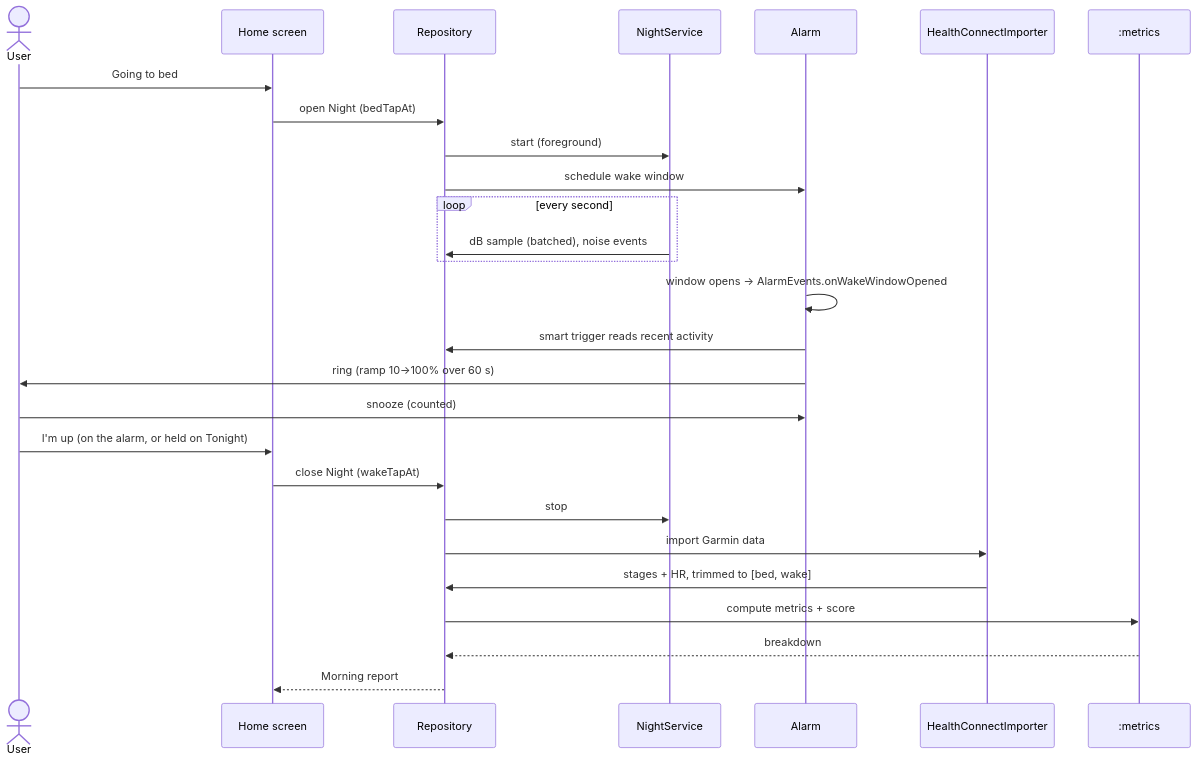
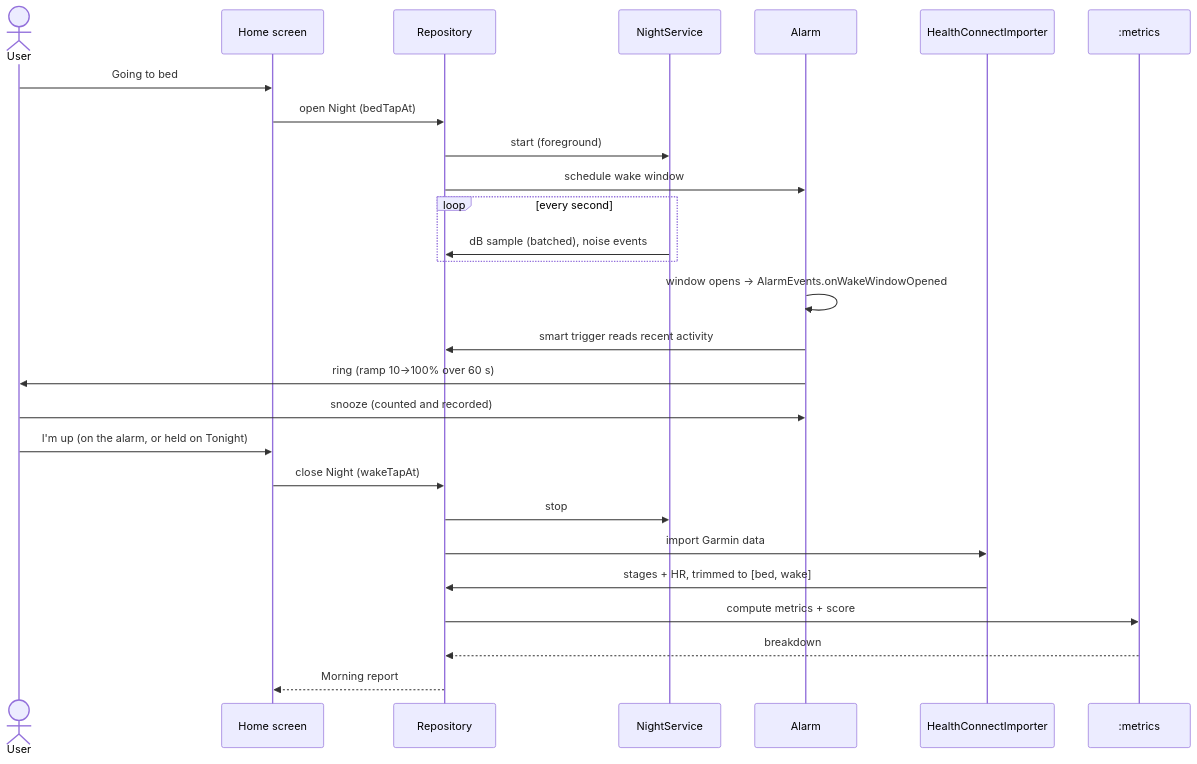
One commit to murrayb52/SleepTight changed the second of 2 diagrams in docs/architecture.md. Above: the diagram before and after it, drawn with Mermaid. The commit also changed other lines of this file and 23 other files, not shown here.

````diff
--- a/docs/architecture.md
+++ b/docs/architecture.md
@@ -60,30 +60,30 @@
 ```mermaid
 sequenceDiagram
     actor U as User
     participant UI as Home screen
     participant R as Repository
     participant S as NightService
     participant A as Alarm
     participant H as HealthConnectImporter
     participant M as :metrics
 
     U->>UI: Going to bed
     UI->>R: open Night (bedTapAt)
     R->>S: start (foreground)
     R->>A: schedule wake window
     loop every second
         S->>R: dB sample (batched), noise events
     end
     A->>A: window opens → AlarmEvents.onWakeWindowOpened
     A->>R: smart trigger reads recent activity
     A->>U: ring (ramp 10→100% over 60 s)
-    U->>A: snooze (counted)
+    U->>A: snooze (counted and recorded)
     U->>UI: I'm up (on the alarm, or held on Tonight)
     UI->>R: close Night (wakeTapAt)
     R->>S: stop
     R->>H: import Garmin data
     H->>R: stages + HR, trimmed to [bed, wake]
     R->>M: compute metrics + score
     M-->>R: breakdown
     R-->>UI: Morning report
 ```
````
